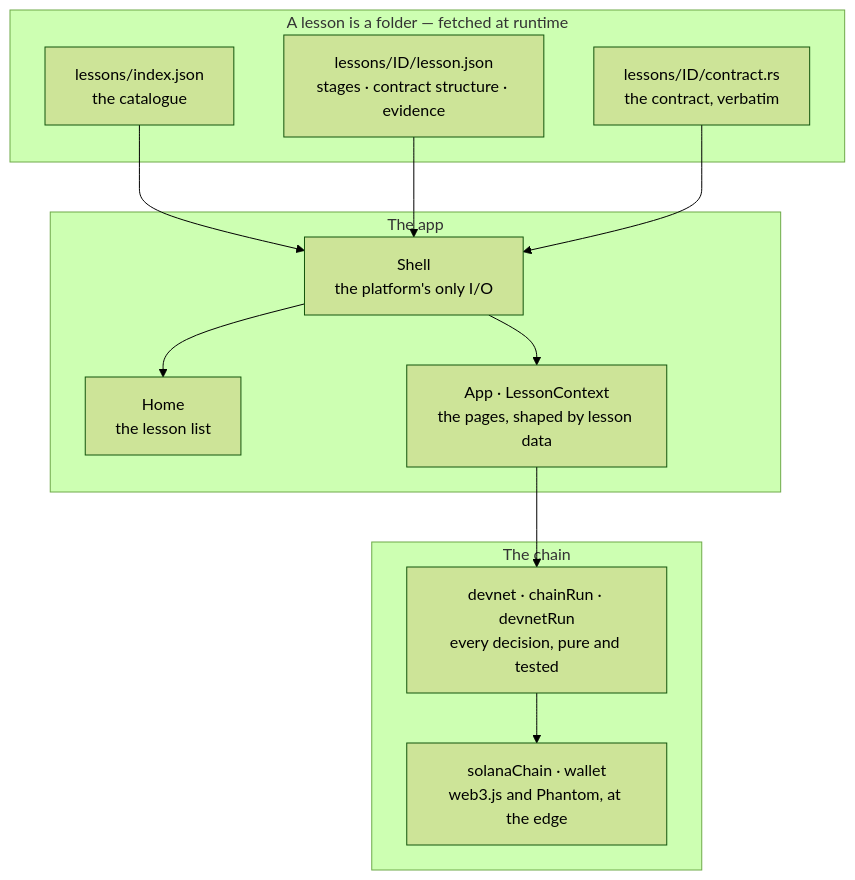
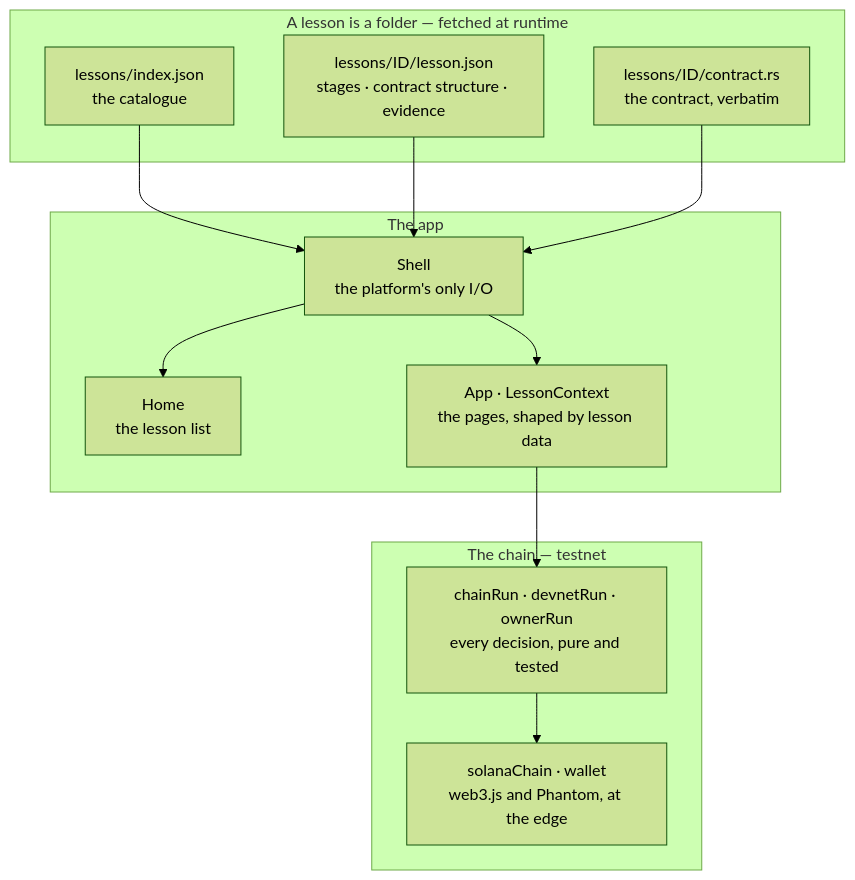
Before and after one commit to AmbitionSight/solana-prism: the diagram in README.md, drawn with Mermaid (forest theme). The commit also changed other lines of this file and 1 other file, not shown here.

````diff
--- a/README.md
+++ b/README.md
@@ -59,27 +101,27 @@
 ```mermaid
 flowchart TB
   subgraph lesson["A lesson is a folder — fetched at runtime"]
     index["lessons/index.json<br/>the catalogue"]
     data["lessons/ID/lesson.json<br/>stages · contract structure · evidence"]
     rs["lessons/ID/contract.rs<br/>the contract, verbatim"]
   end
 
   subgraph app["The app"]
     shell["Shell<br/>the platform's only I/O"]
     home["Home<br/>the lesson list"]
     render["App · LessonContext<br/>the pages, shaped by lesson data"]
   end
 
-  subgraph chain["The chain"]
-    decision["devnet · chainRun · devnetRun<br/>every decision, pure and tested"]
+  subgraph chain["The chain — testnet"]
+    decision["chainRun · devnetRun · ownerRun<br/>every decision, pure and tested"]
     edge["solanaChain · wallet<br/>web3.js and Phantom, at the edge"]
   end
 
   index --> shell
   data --> shell
   rs --> shell
   shell --> home
   shell --> render
   render --> decision
   decision --> edge
 ```
````
